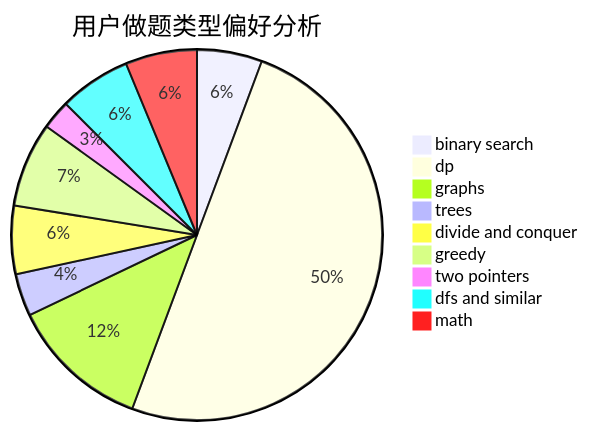
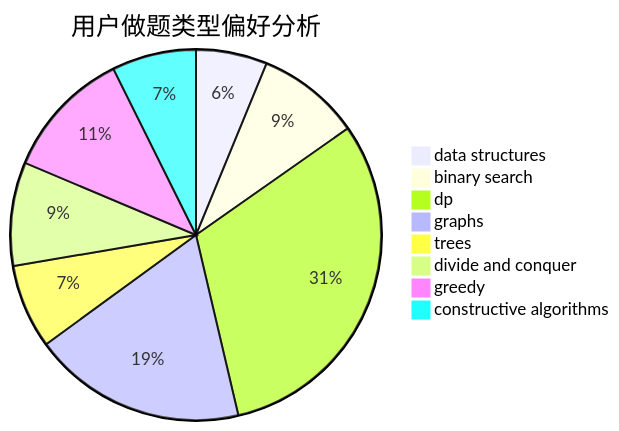
Before and after one commit to sherpahu/cfrs.github.io: the second of 3 diagrams in docs/user/u2483.md, drawn with Mermaid. The commit also changed other lines of this file and 2775 other files, not shown here.

````diff
--- a/docs/user/u2483.md
+++ b/docs/user/u2483.md
@@ -23,12 +23,11 @@
 ```mermaid
 pie title 用户做题类型偏好分析
-    "binary search" :  20
-    "dp" :  176
-    "graphs" :  43
+    "data structures" :  11
+    "binary search" :  16
+    "dp" :  55
+    "graphs" :  33
     "trees" :  13
-    "divide and conquer" :  21
-    "greedy" :  26
-    "two pointers" :  9
-    "dfs and similar" :  22
-    "math" :  22
+    "divide and conquer" :  16
+    "greedy" :  20
+    "constructive algorithms" :  13
 ```
````
